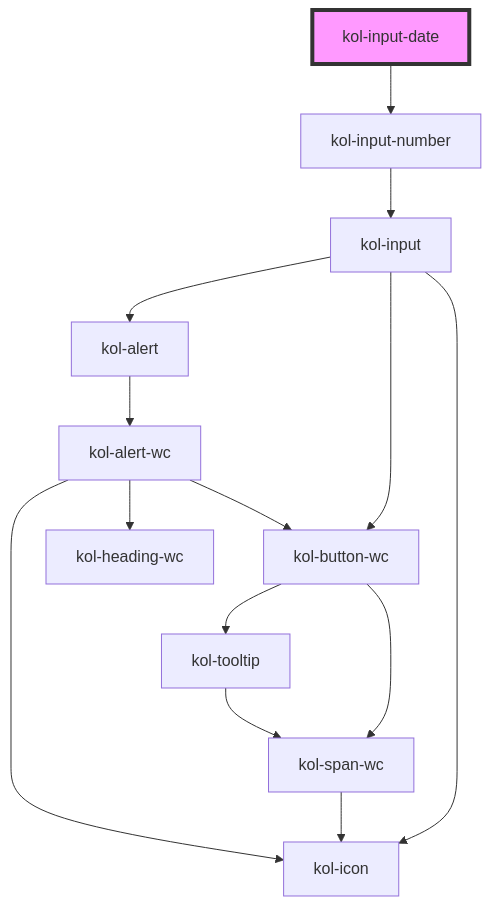
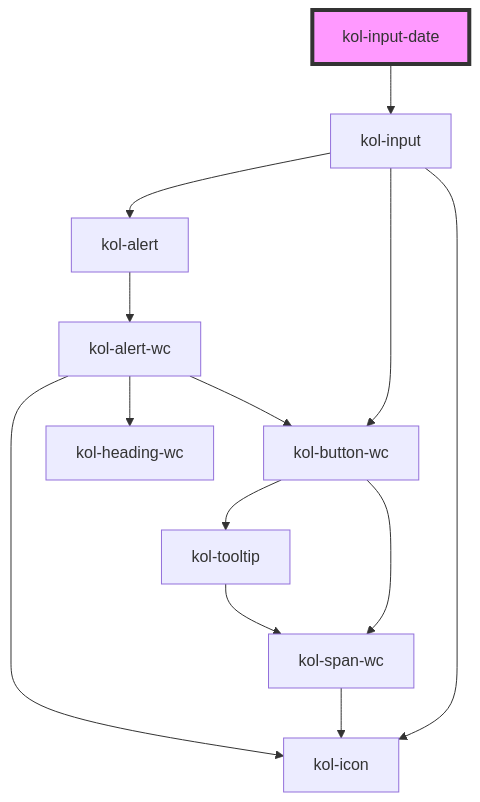
The diagram in packages/components/src/components/input-date/readme.md (public-ui/kolibri), drawn with Mermaid before and after one commit. The commit also changed other lines of this file and 3 other files, not shown here.

Commit message:
feat(components): make kol-input-date independent from kol-input-number

````diff
--- a/packages/components/src/components/input-date/readme.md
+++ b/packages/components/src/components/input-date/readme.md
@@ -91,17 +92,16 @@
 ```mermaid
 graph TD;
-  kol-input-date --> kol-input-number
-  kol-input-number --> kol-input
+  kol-input-date --> kol-input
   kol-input --> kol-icon
   kol-input --> kol-button-wc
   kol-input --> kol-alert
   kol-button-wc --> kol-span-wc
   kol-button-wc --> kol-tooltip
   kol-span-wc --> kol-icon
   kol-tooltip --> kol-span-wc
   kol-alert --> kol-alert-wc
   kol-alert-wc --> kol-heading-wc
   kol-alert-wc --> kol-button-wc
   kol-alert-wc --> kol-icon
   style kol-input-date fill:#f9f,stroke:#333,stroke-width:4px
 ```
````
